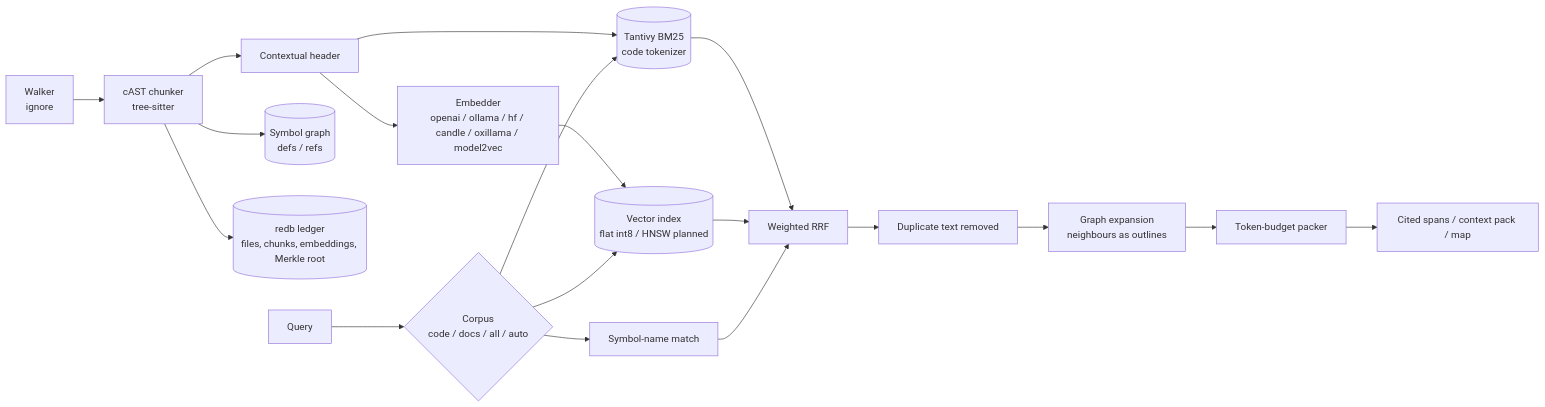
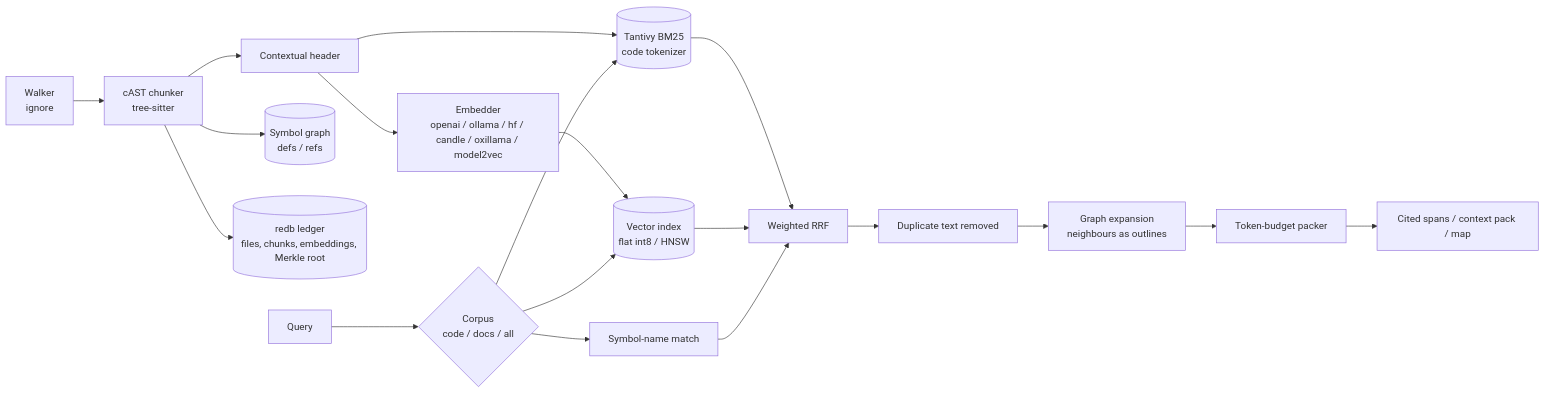
Before and after one commit to yasuomaidana/dendrite-rag-rs: the diagram in docs/ARCHITECTURE.md, drawn with Mermaid. The commit also changed other lines of this file and 9 other files, not shown here.

````diff
--- a/docs/ARCHITECTURE.md
+++ b/docs/ARCHITECTURE.md
@@ -17,17 +17,17 @@
 ```mermaid
 flowchart LR
     W[Walker<br/>ignore] --> C[cAST chunker<br/>tree-sitter]
     C --> H[Contextual header]
     H --> L[(Tantivy BM25<br/>code tokenizer)]
     H --> E[Embedder<br/>openai / ollama / hf / candle / oxillama / model2vec]
-    E --> V[(Vector index<br/>flat int8 / HNSW planned)]
+    E --> V[(Vector index<br/>flat int8 / HNSW)]
     C --> G[(Symbol graph<br/>defs / refs)]
     C --> R[(redb ledger<br/>files, chunks, embeddings, Merkle root)]
-    Q[Query] --> K{Corpus<br/>code / docs / all / auto}
+    Q[Query] --> K{Corpus<br/>code / docs / all}
     K --> L & V & S[Symbol-name match]
     L & V & S --> F[Weighted RRF]
     F --> D[Duplicate text removed]
     D --> X[Graph expansion<br/>neighbours as outlines]
     X --> P[Token-budget packer]
     P --> O[Cited spans / context pack / map]
 ```
````
